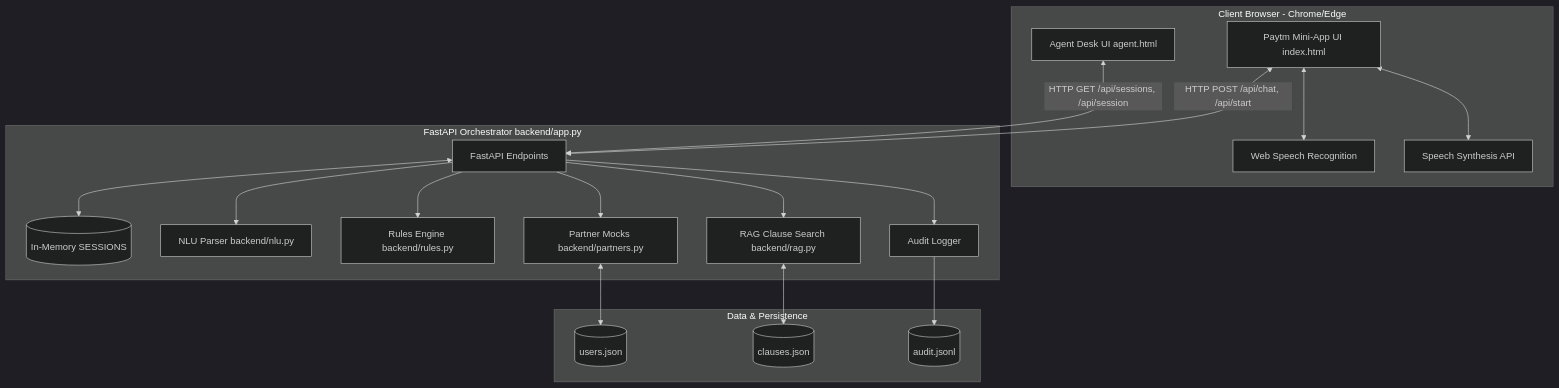
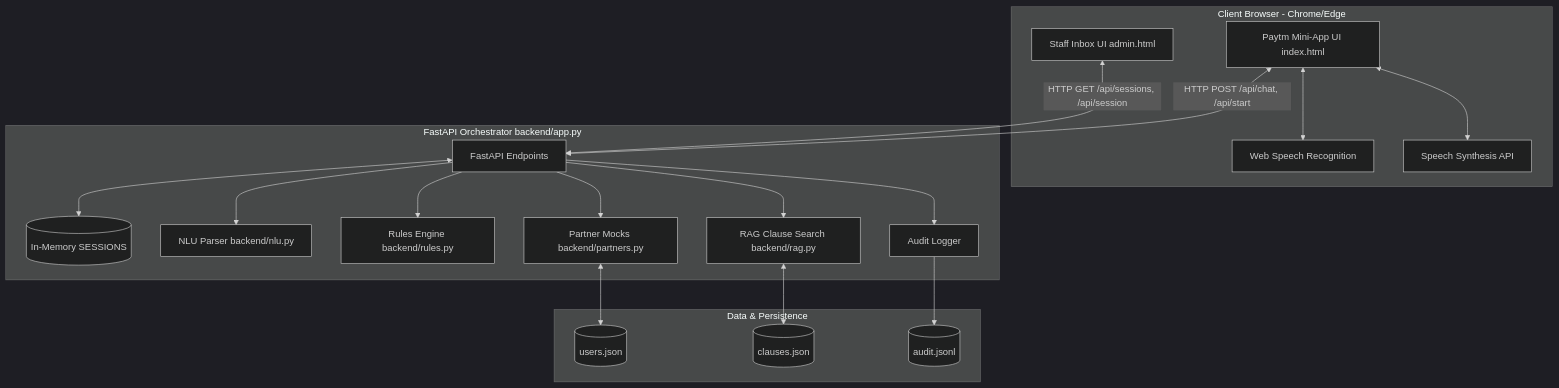
One commit to e-smo1507/AI-powered-paytm-system changed the second of 2 diagrams in docs/PRD.md. Above: the diagram before and after it, drawn with Mermaid (dark theme). The commit also changed other lines of this file and 11 other files, not shown here.

````diff
--- a/docs/PRD.md
+++ b/docs/PRD.md
@@ -303,41 +306,41 @@
 ```mermaid
 graph TD
     subgraph Client [Client Browser - Chrome/Edge]
         UI[Paytm Mini-App UI index.html]
-        AD[Agent Desk UI agent.html]
+        AD[Staff Inbox UI admin.html]
         STT[Web Speech Recognition]
         TTS[Speech Synthesis API]
     end
 
     subgraph Server [FastAPI Orchestrator backend/app.py]
         API[FastAPI Endpoints]
         SessionStore[(In-Memory SESSIONS)]
         NLUModule[NLU Parser backend/nlu.py]
         RulesEngine[Rules Engine backend/rules.py]
         RAGEngine[RAG Clause Search backend/rag.py]
         Partners[Partner Mocks backend/partners.py]
         AuditLogger[Audit Logger]
     end
 
     subgraph Data [Data & Persistence]
         UserDB[(users.json)]
         ClauseDB[(clauses.json)]
         AuditLogFile[(audit.jsonl)]
     end
 
     UI <-->|HTTP POST /api/chat, /api/start| API
     UI <--> STT
     UI <--> TTS
     AD <-->|HTTP GET /api/sessions, /api/session| API
     
     API <--> SessionStore
     API --> NLUModule
     API --> RulesEngine
     API --> RAGEngine
     API --> Partners
     API --> AuditLogger
     
     Partners <--> UserDB
     RAGEngine <--> ClauseDB
     AuditLogger --> AuditLogFile
 ```
````
